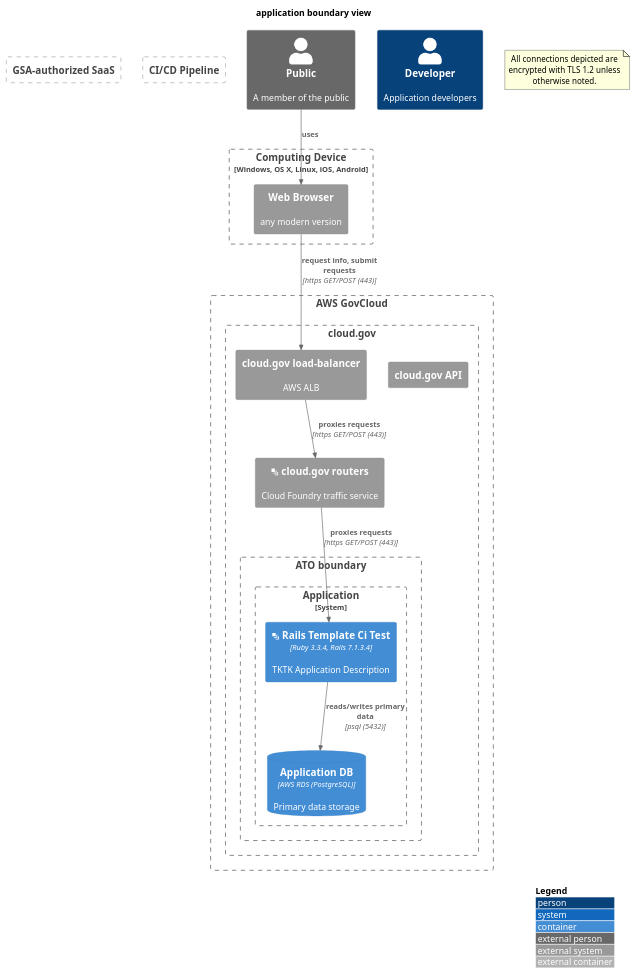
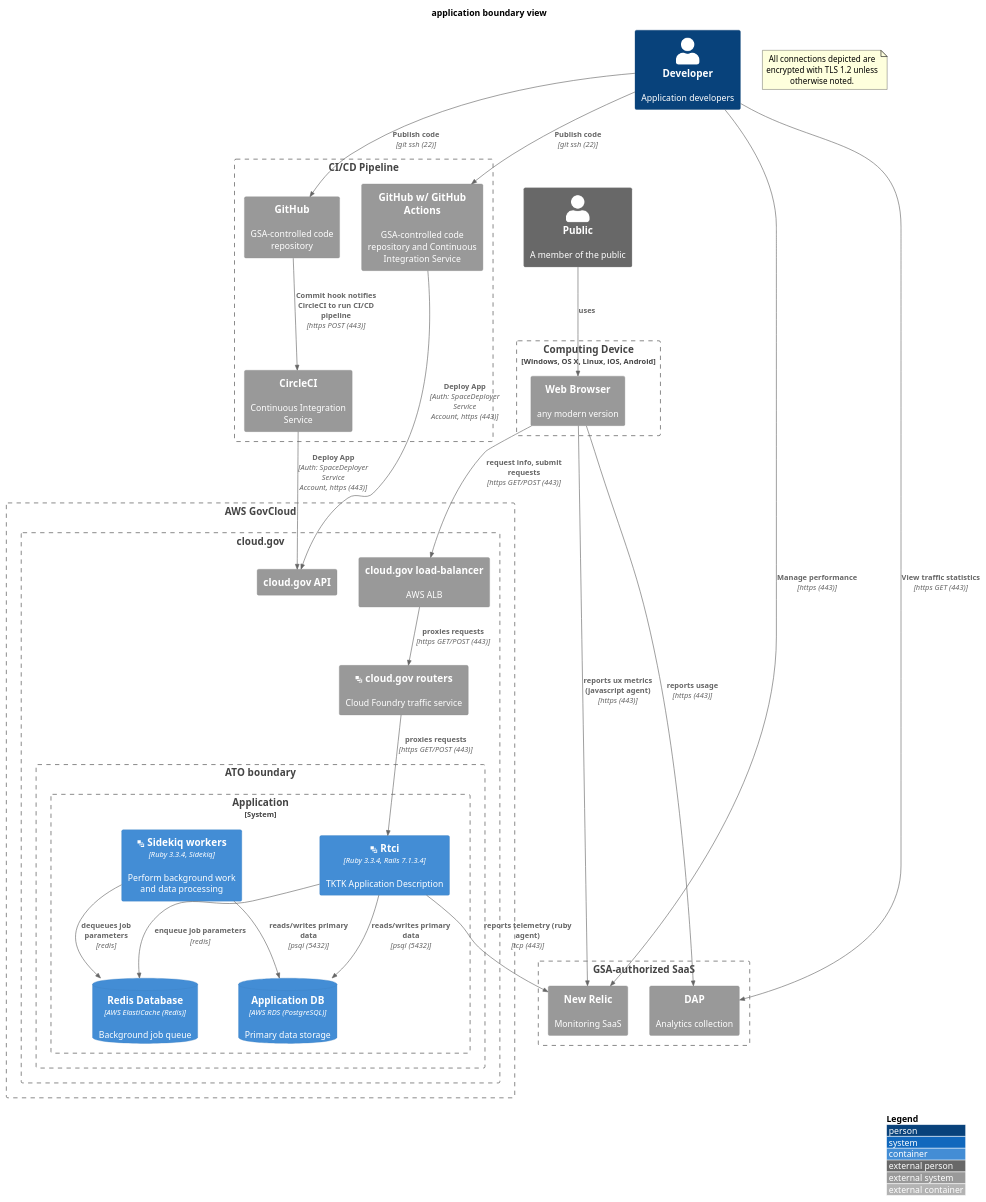
Before and after one commit to GSA-TTS/gitlab-ci-rails-template: the diagram in doc/compliance/apps/application.boundary.md, drawn with PlantUML. The commit also changed 96 other files, not shown here.

````diff
--- a/doc/compliance/apps/application.boundary.md
+++ b/doc/compliance/apps/application.boundary.md
@@ -5,45 +5,65 @@
 ```plantuml
 @startuml
 !include https://raw.githubusercontent.com/plantuml-stdlib/C4-PlantUML/master/C4_Container.puml
 ' uncomment the following line and comment the first to use locally
 ' !include C4_Container.puml
 LAYOUT_WITH_LEGEND()
 title application boundary view
 
 Person_Ext(public, "Public", "A member of the public")
 Person(developer, "Developer", "Application developers")
 
 Boundary(device, "Computing Device", "Windows, OS X, Linux, iOS, Android"){
     System_Ext(browser, "Web Browser", "any modern version")
 }
 Rel(public, browser, "uses", "")
 
 note as EncryptionNote
 All connections depicted are encrypted with TLS 1.2 unless otherwise noted.
 end note
 Boundary(aws, "AWS GovCloud") {
     Boundary(cloudgov, "cloud.gov") {
         System_Ext(cg_api, "cloud.gov API")
         System_Ext(aws_alb, "cloud.gov load-balancer", "AWS ALB")
         System_Ext(cloudgov_router, "<&layers> cloud.gov routers", "Cloud Foundry traffic service")
         Boundary(atob, "ATO boundary") {
             System_Boundary(inventory, "Application") {
-                Container(app, "<&layers> Rails Template Ci Test", "Ruby 3.3.4, Rails 7.1.3.4", "TKTK Application Description")
+                Container(app, "<&layers> Rtci", "Ruby 3.3.4, Rails 7.1.3.4", "TKTK Application Description")
                 ContainerDb(app_db, "Application DB", "AWS RDS (PostgreSQL)", "Primary data storage")
+                Container(worker, "<&layers> Sidekiq workers", "Ruby 3.3.4, Sidekiq", "Perform background work and data processing")
+                ContainerDb(redis, "Redis Database", "AWS ElastiCache (Redis)", "Background job queue")
             }
         }
     }
 }
 
 Boundary(gsa_saas, "GSA-authorized SaaS") {
+    System_Ext(dap, "DAP", "Analytics collection")
+    System_Ext(newrelic, "New Relic", "Monitoring SaaS")
 }
 
 Boundary(cicd, "CI/CD Pipeline") {
+    System_Ext(github, "GitHub", "GSA-controlled code repository")
+    System_Ext(circleci, "CircleCI", "Continuous Integration Service")
+    System_Ext(githuball, "GitHub w/ GitHub Actions", "GSA-controlled code repository and Continuous Integration Service")
 }
 
 Rel(browser, aws_alb, "request info, submit requests", "https GET/POST (443)")
 Rel(aws_alb, cloudgov_router, "proxies requests", "https GET/POST (443)")
 Rel(cloudgov_router, app, "proxies requests", "https GET/POST (443)")
 Rel(app, app_db, "reads/writes primary data", "psql (5432)")
+Rel(app, newrelic, "reports telemetry (ruby agent)", "tcp (443)")
+Rel(browser, newrelic, "reports ux metrics (javascript agent)", "https (443)")
+Rel(developer, newrelic, "Manage performance", "https (443)")
+Rel(browser, dap, "reports usage", "https (443)")
+Rel(developer, dap, "View traffic statistics", "https GET (443)")
+Rel(app, redis, "enqueue job parameters", "redis")
+Rel(worker, redis, "dequeues job parameters", "redis")
+Rel(worker, app_db, "reads/writes primary data", "psql (5432)")
+Rel(developer, githuball, "Publish code", "git ssh (22)")
+Rel(githuball, cg_api, "Deploy App", "Auth: SpaceDeployer Service Account, https (443)")
+Rel(developer, github, "Publish code", "git ssh (22)")
+Rel(github, circleci, "Commit hook notifies CircleCI to run CI/CD pipeline", "https POST (443)")
+Rel(circleci, cg_api, "Deploy App", "Auth: SpaceDeployer Service Account, https (443)")
 @enduml
 ```
````
